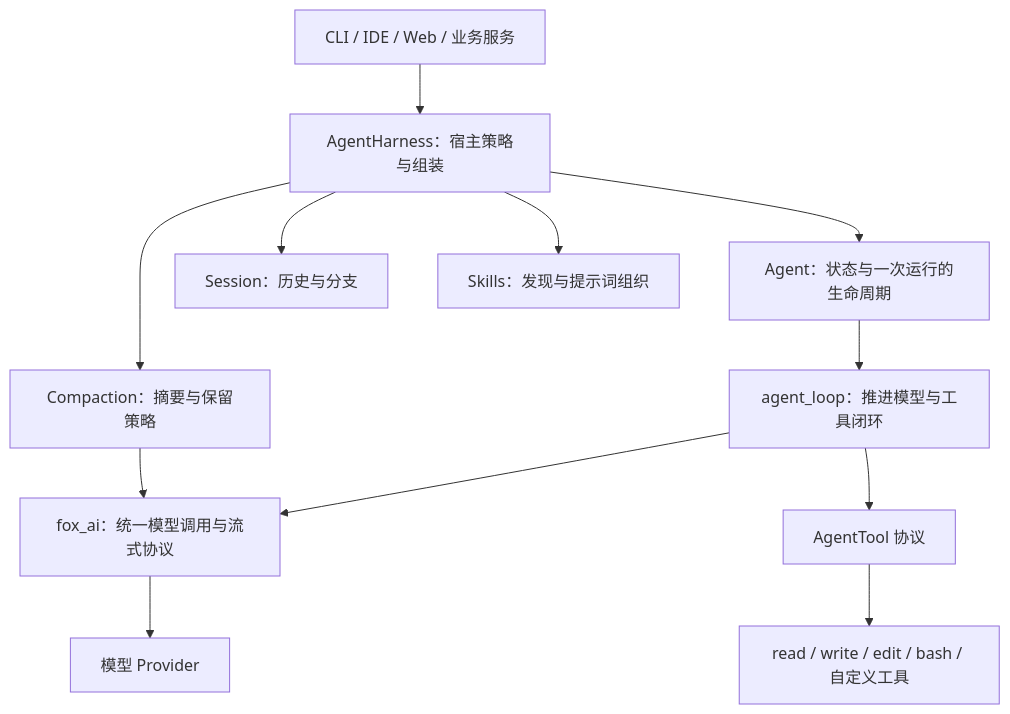
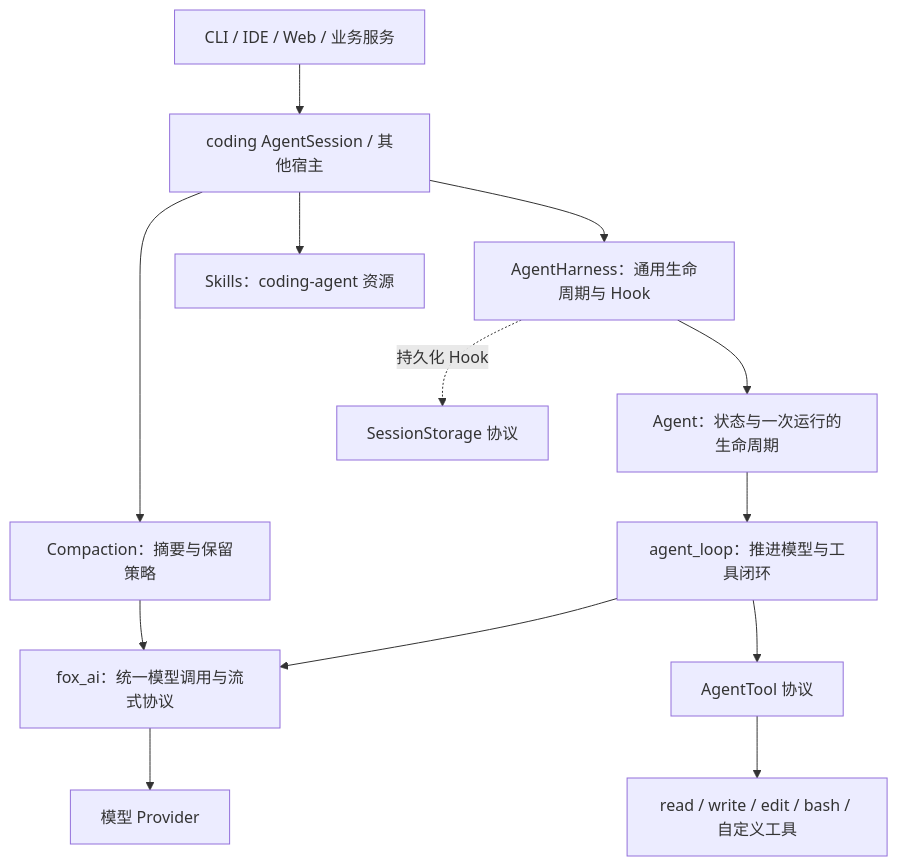
The first of 2 diagrams in packages/fox_agent_core/ARCHITECTURE_GUIDE.md (HMnZn/FoxCode), drawn with Mermaid before and after one commit. The commit also changed other lines of this file and 45 other files, not shown here.

````diff
--- a/packages/fox_agent_core/ARCHITECTURE_GUIDE.md
+++ b/packages/fox_agent_core/ARCHITECTURE_GUIDE.md
@@ -122,14 +122,15 @@
 ```mermaid
 flowchart TB
-    UI[CLI / IDE / Web / 业务服务] --> H[AgentHarness：宿主策略与组装]
+    UI[CLI / IDE / Web / 业务服务] --> AS[coding AgentSession / 其他宿主]
+    AS --> H[AgentHarness：通用生命周期与 Hook]
     H --> A[Agent：状态与一次运行的生命周期]
     A --> L[agent_loop：推进模型与工具闭环]
     L --> AI[fox_ai：统一模型调用与流式协议]
     AI --> P[模型 Provider]
     L --> T[AgentTool 协议]
     T --> I[read / write / edit / bash / 自定义工具]
-    H --> S[Session：历史与分支]
-    H --> C[Compaction：摘要与保留策略]
-    H --> K[Skills：发现与提示词组织]
+    H -.持久化 Hook.-> S[SessionStorage 协议]
+    AS --> C[Compaction：摘要与保留策略]
+    AS --> K[Skills：coding-agent 资源]
     C --> AI
 ```
````
